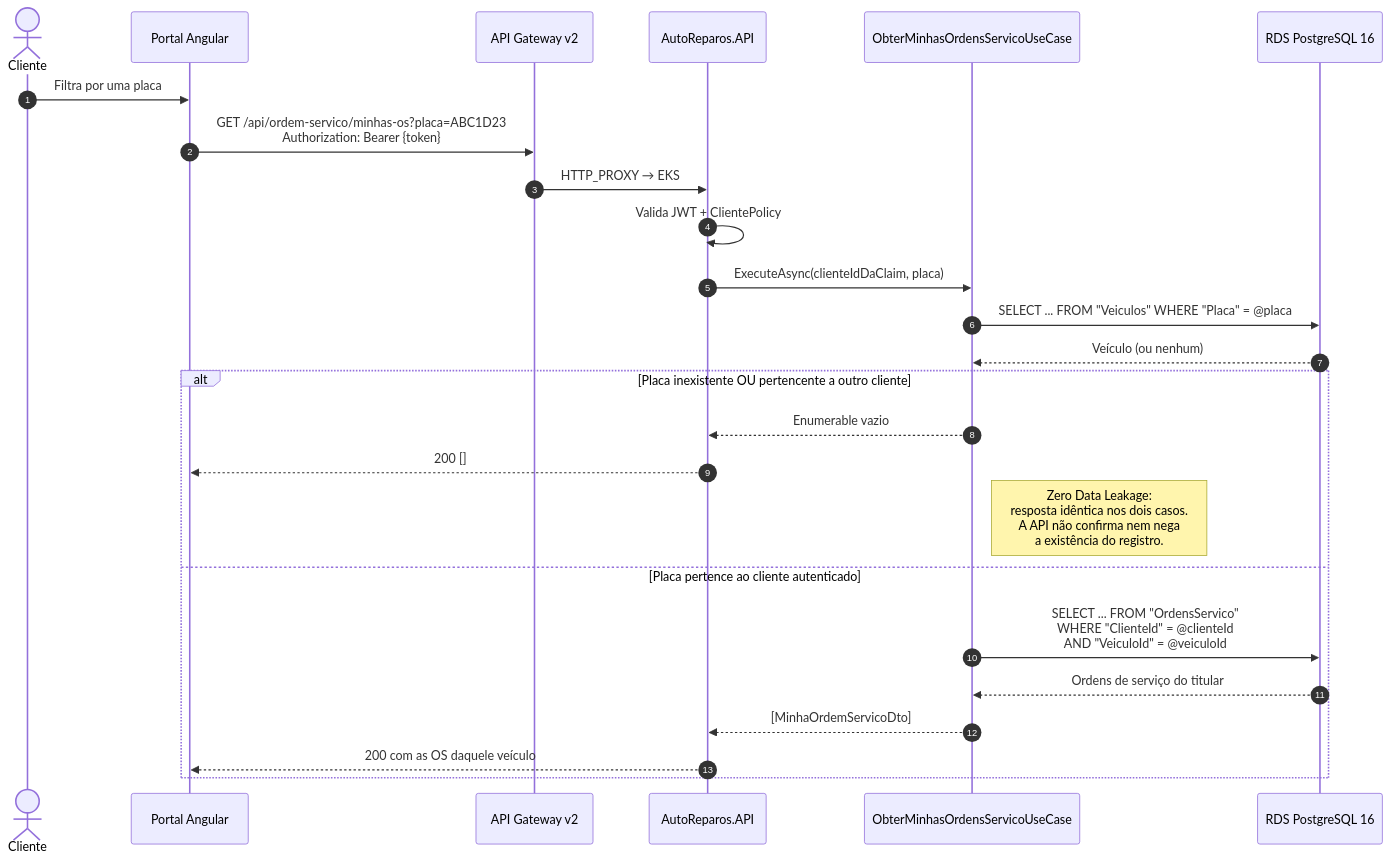
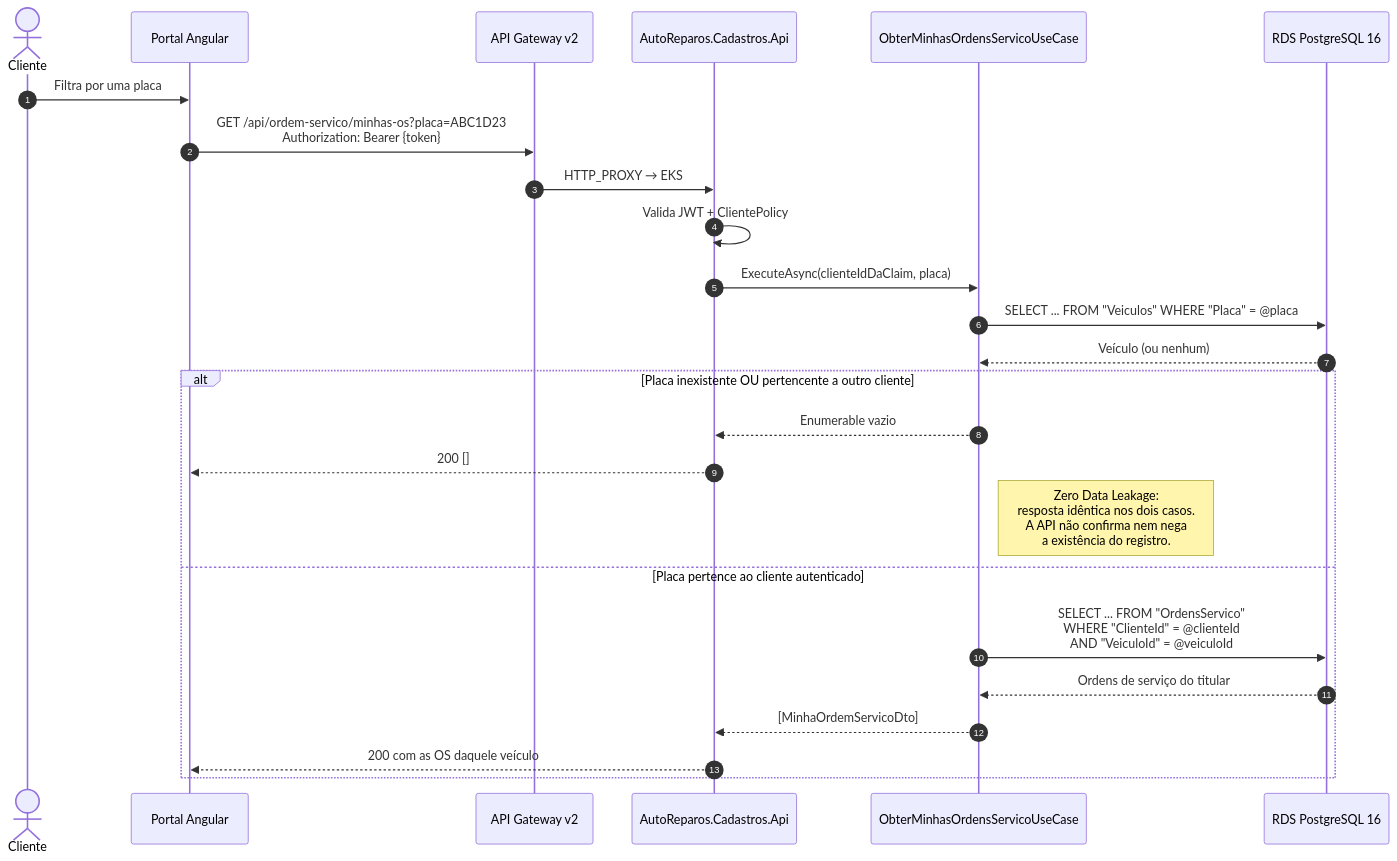
The second of 4 diagrams in docs/architecture/diagrams/sequence_portal_auth_and_query.md (Grupo78-PosTech-15SOAT/AutoReparos), drawn with Mermaid before and after one commit. The commit also changed other lines of this file and 12 other files, not shown here.

````diff
--- a/docs/architecture/diagrams/sequence_portal_auth_and_query.md
+++ b/docs/architecture/diagrams/sequence_portal_auth_and_query.md
@@ -68,29 +68,29 @@
 ```mermaid
 sequenceDiagram
     autonumber
     actor C as Cliente
     participant P as Portal Angular
     participant G as API Gateway v2
-    participant A as AutoReparos.API
+    participant A as AutoReparos.Cadastros.Api
     participant U as ObterMinhasOrdensServicoUseCase
     participant D as RDS PostgreSQL 16
 
     C->>P: Filtra por uma placa
     P->>G: GET /api/ordem-servico/minhas-os?placa=ABC1D23<br/>Authorization: Bearer {token}
     G->>A: HTTP_PROXY → EKS
     A->>A: Valida JWT + ClientePolicy
     A->>U: ExecuteAsync(clienteIdDaClaim, placa)
     U->>D: SELECT ... FROM "Veiculos" WHERE "Placa" = @placa
     D-->>U: Veículo (ou nenhum)
 
     alt Placa inexistente OU pertencente a outro cliente
         U-->>A: Enumerable vazio
         A-->>P: 200 []
         note right of U: Zero Data Leakage:<br/>resposta idêntica nos dois casos.<br/>A API não confirma nem nega<br/>a existência do registro.
     else Placa pertence ao cliente autenticado
         U->>D: SELECT ... FROM "OrdensServico"<br/>WHERE "ClienteId" = @clienteId<br/>AND "VeiculoId" = @veiculoId
         D-->>U: Ordens de serviço do titular
         U-->>A: [MinhaOrdemServicoDto]
         A-->>P: 200 com as OS daquele veículo
     end
 ```
````
